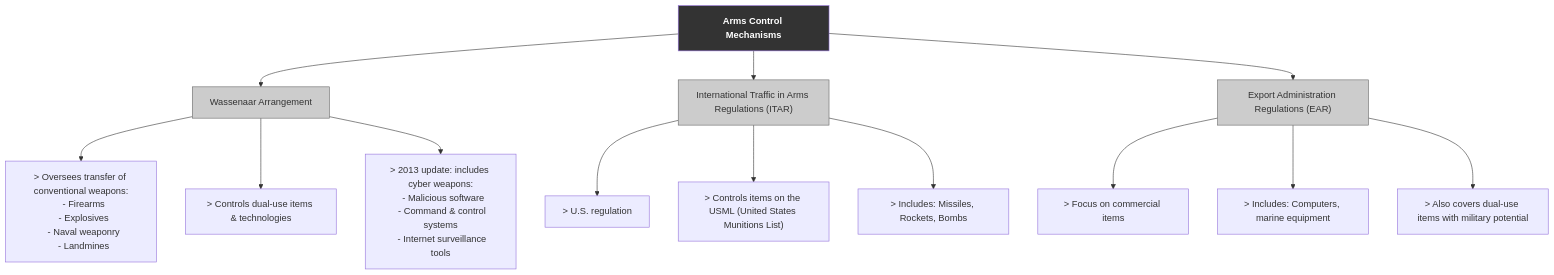
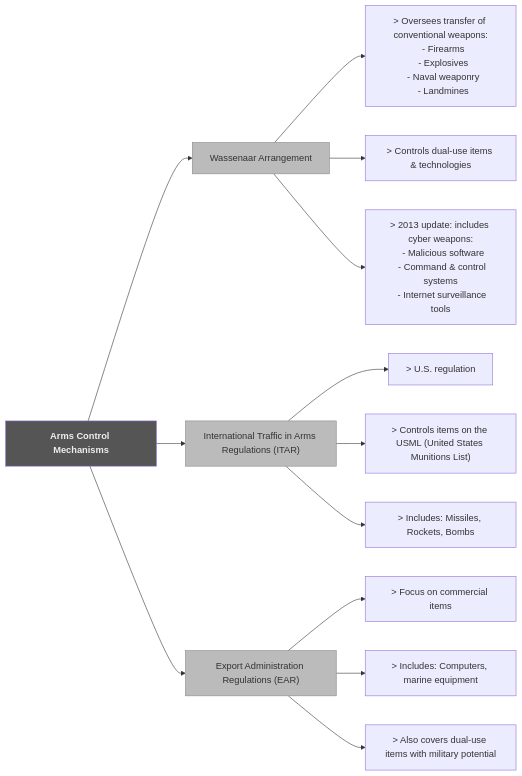
One commit to lorenzoleonelli/CISSP-Zero-to-Hero changed the diagram in DOMAIN1: The Cybersecurity Manager/1.4 Understand legal, regulatory, and compliance issues that pertain to information security in a holistic context.md. Above: the diagram before and after it, drawn with Mermaid.

Commit message:
Update 1.4 Understand legal, regulatory, and compliance issues that pertain to information security in a holistic context.md

````diff
--- a/DOMAIN1: The Cybersecurity Manager/1.4 Understand legal, regulatory, and compliance issues that pertain to information security in a holistic context.md
+++ b/DOMAIN1: The Cybersecurity Manager/1.4 Understand legal, regulatory, and compliance issues that pertain to information security in a holistic context.md
@@ -191,23 +191,23 @@
 ```mermaid 
-flowchart TD
+flowchart LR
     A["Arms Control Mechanisms"]:::header
 
     A --> WA["Wassenaar Arrangement"]:::box
     A --> ITAR["International Traffic in Arms Regulations (ITAR)"]:::box
     A --> EAR["Export Administration Regulations (EAR)"]:::box
 
     WA --> WA1["> Oversees transfer of conventional weapons:\n  - Firearms\n  - Explosives\n  - Naval weaponry\n  - Landmines"]
     WA --> WA2["> Controls dual-use items & technologies"]
     WA --> WA3["> 2013 update: includes cyber weapons:\n  - Malicious software\n  - Command & control systems\n  - Internet surveillance tools"]
 
     ITAR --> ITAR1["> U.S. regulation"]
     ITAR --> ITAR2["> Controls items on the USML (United States Munitions List)"]
     ITAR --> ITAR3["> Includes: Missiles, Rockets, Bombs"]
 
     EAR --> EAR1["> Focus on commercial items"]
     EAR --> EAR2["> Includes: Computers, marine equipment"]
     EAR --> EAR3["> Also covers dual-use items with military potential"]
 
-    classDef header fill:#333,color:#fff,font-weight:bold
-    classDef box fill:#ccc,stroke:#666,stroke-width:1px
+    classDef header fill:#555555,color:#eeeeee,font-weight:bold
+    classDef box fill:#bbbbbb,stroke:#888888,stroke-width:1px
 ```
````
